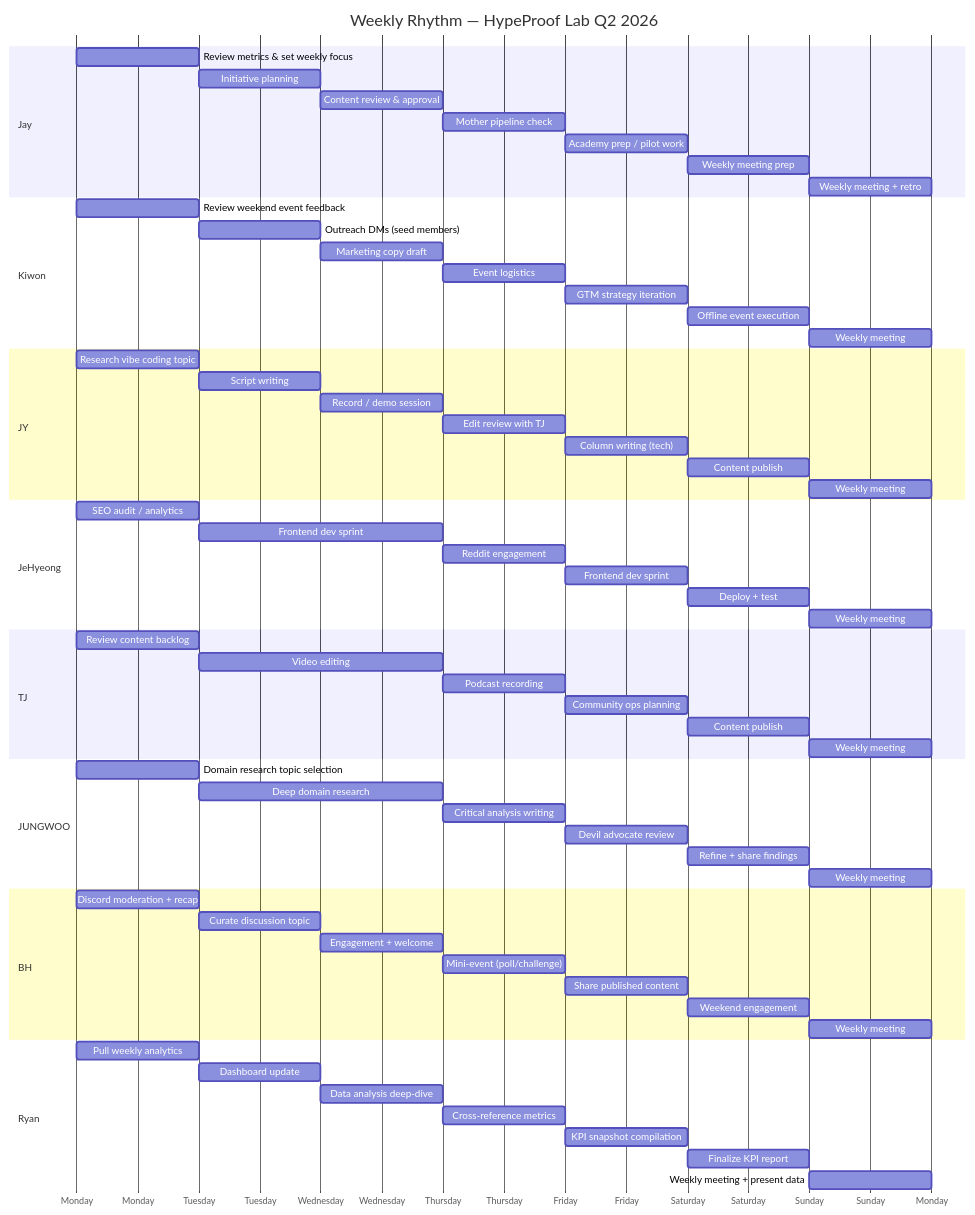
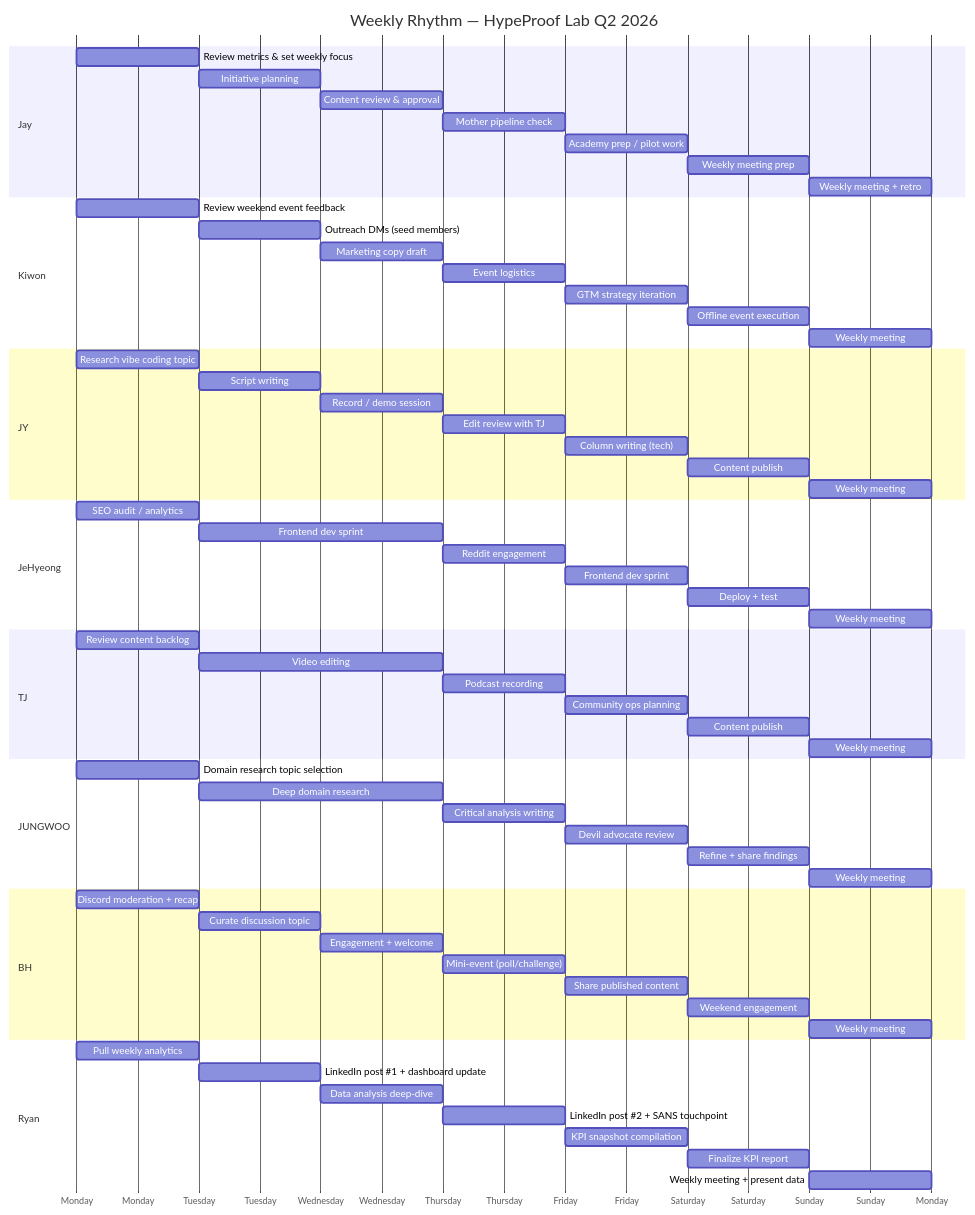
Before and after one commit to JeHyeong2/hypeprooflab: the second of 8 diagrams in products/hypeproof-workflow-2026Q2.md, drawn with Mermaid. The commit also changed other lines of this file and 35 other files, not shown here.

````diff
--- a/products/hypeproof-workflow-2026Q2.md
+++ b/products/hypeproof-workflow-2026Q2.md
@@ -95,75 +96,75 @@
 ```mermaid
 gantt
     title Weekly Rhythm — HypeProof Lab Q2 2026
     dateFormat  YYYY-MM-DD
     axisFormat  %A
 
     section Jay
     Review metrics & set weekly focus     :mon, 2026-04-06, 1d
     Initiative planning                   :tue, 2026-04-07, 1d
     Content review & approval             :wed, 2026-04-08, 1d
     Mother pipeline check                 :thu, 2026-04-09, 1d
     Academy prep / pilot work             :fri, 2026-04-10, 1d
     Weekly meeting prep                   :sat, 2026-04-11, 1d
     Weekly meeting + retro                :sun, 2026-04-12, 1d
 
     section Kiwon
     Review weekend event feedback         :mon, 2026-04-06, 1d
     Outreach DMs (seed members)           :tue, 2026-04-07, 1d
     Marketing copy draft                  :wed, 2026-04-08, 1d
     Event logistics                       :thu, 2026-04-09, 1d
     GTM strategy iteration                :fri, 2026-04-10, 1d
     Offline event execution               :sat, 2026-04-11, 1d
     Weekly meeting                        :sun, 2026-04-12, 1d
 
     section JY
     Research vibe coding topic            :mon, 2026-04-06, 1d
     Script writing                        :tue, 2026-04-07, 1d
     Record / demo session                 :wed, 2026-04-08, 1d
     Edit review with TJ                   :thu, 2026-04-09, 1d
     Column writing (tech)                 :fri, 2026-04-10, 1d
     Content publish                       :sat, 2026-04-11, 1d
     Weekly meeting                        :sun, 2026-04-12, 1d
 
     section JeHyeong
     SEO audit / analytics                 :mon, 2026-04-06, 1d
     Frontend dev sprint                   :tue, 2026-04-07, 2d
     Reddit engagement                     :thu, 2026-04-09, 1d
     Frontend dev sprint                   :fri, 2026-04-10, 1d
     Deploy + test                         :sat, 2026-04-11, 1d
     Weekly meeting                        :sun, 2026-04-12, 1d
 
     section TJ
     Review content backlog                :mon, 2026-04-06, 1d
     Video editing                         :tue, 2026-04-07, 2d
     Podcast recording                     :thu, 2026-04-09, 1d
     Community ops planning                :fri, 2026-04-10, 1d
     Content publish                       :sat, 2026-04-11, 1d
     Weekly meeting                        :sun, 2026-04-12, 1d
 
     section JUNGWOO
     Domain research topic selection       :mon, 2026-04-06, 1d
     Deep domain research                  :tue, 2026-04-07, 2d
     Critical analysis writing             :thu, 2026-04-09, 1d
     Devil advocate review                 :fri, 2026-04-10, 1d
     Refine + share findings               :sat, 2026-04-11, 1d
     Weekly meeting                        :sun, 2026-04-12, 1d
 
     section BH
     Discord moderation + recap            :mon, 2026-04-06, 1d
     Curate discussion topic               :tue, 2026-04-07, 1d
     Engagement + welcome                  :wed, 2026-04-08, 1d
     Mini-event (poll/challenge)           :thu, 2026-04-09, 1d
     Share published content               :fri, 2026-04-10, 1d
     Weekend engagement                    :sat, 2026-04-11, 1d
     Weekly meeting                        :sun, 2026-04-12, 1d
 
     section Ryan
     Pull weekly analytics                 :mon, 2026-04-06, 1d
-    Dashboard update                      :tue, 2026-04-07, 1d
+    LinkedIn post #1 + dashboard update   :tue, 2026-04-07, 1d
     Data analysis deep-dive               :wed, 2026-04-08, 1d
-    Cross-reference metrics               :thu, 2026-04-09, 1d
+    LinkedIn post #2 + SANS touchpoint    :thu, 2026-04-09, 1d
     KPI snapshot compilation              :fri, 2026-04-10, 1d
     Finalize KPI report                   :sat, 2026-04-11, 1d
     Weekly meeting + present data         :sun, 2026-04-12, 1d
 ```
````
